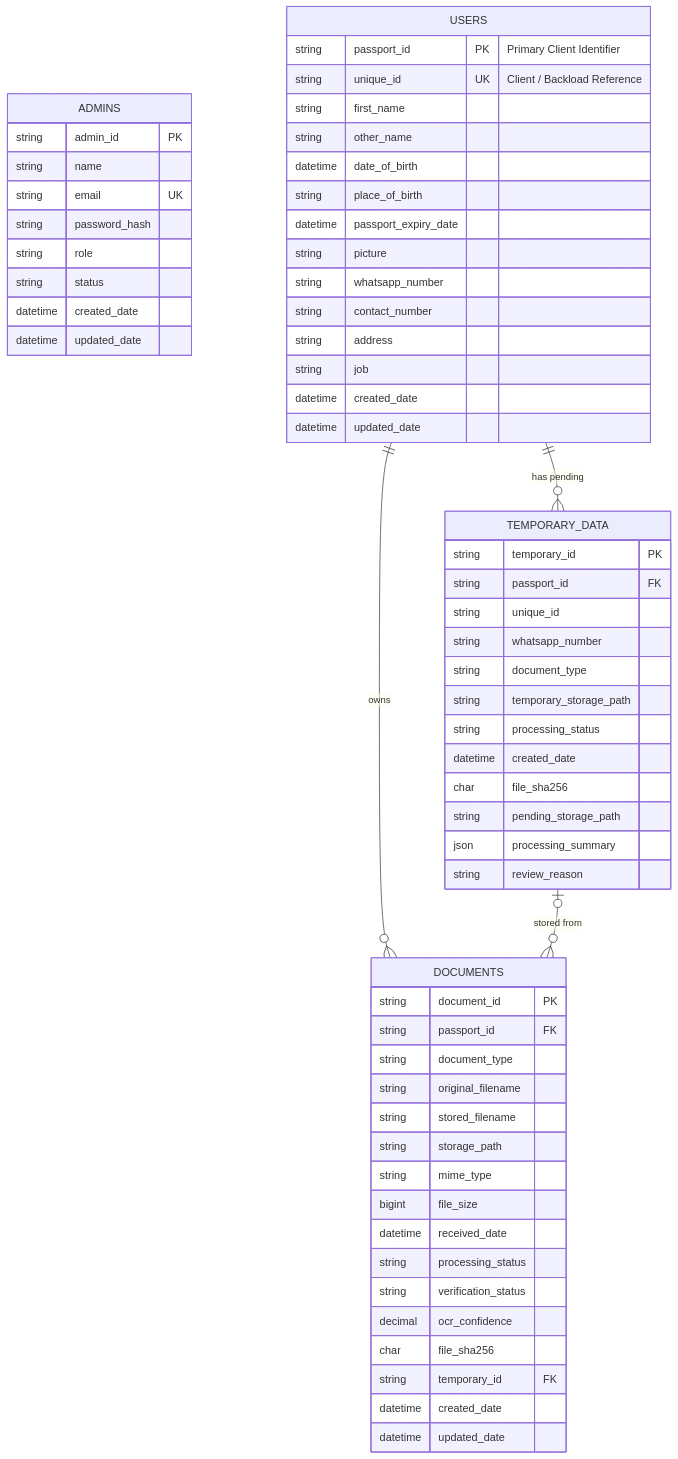
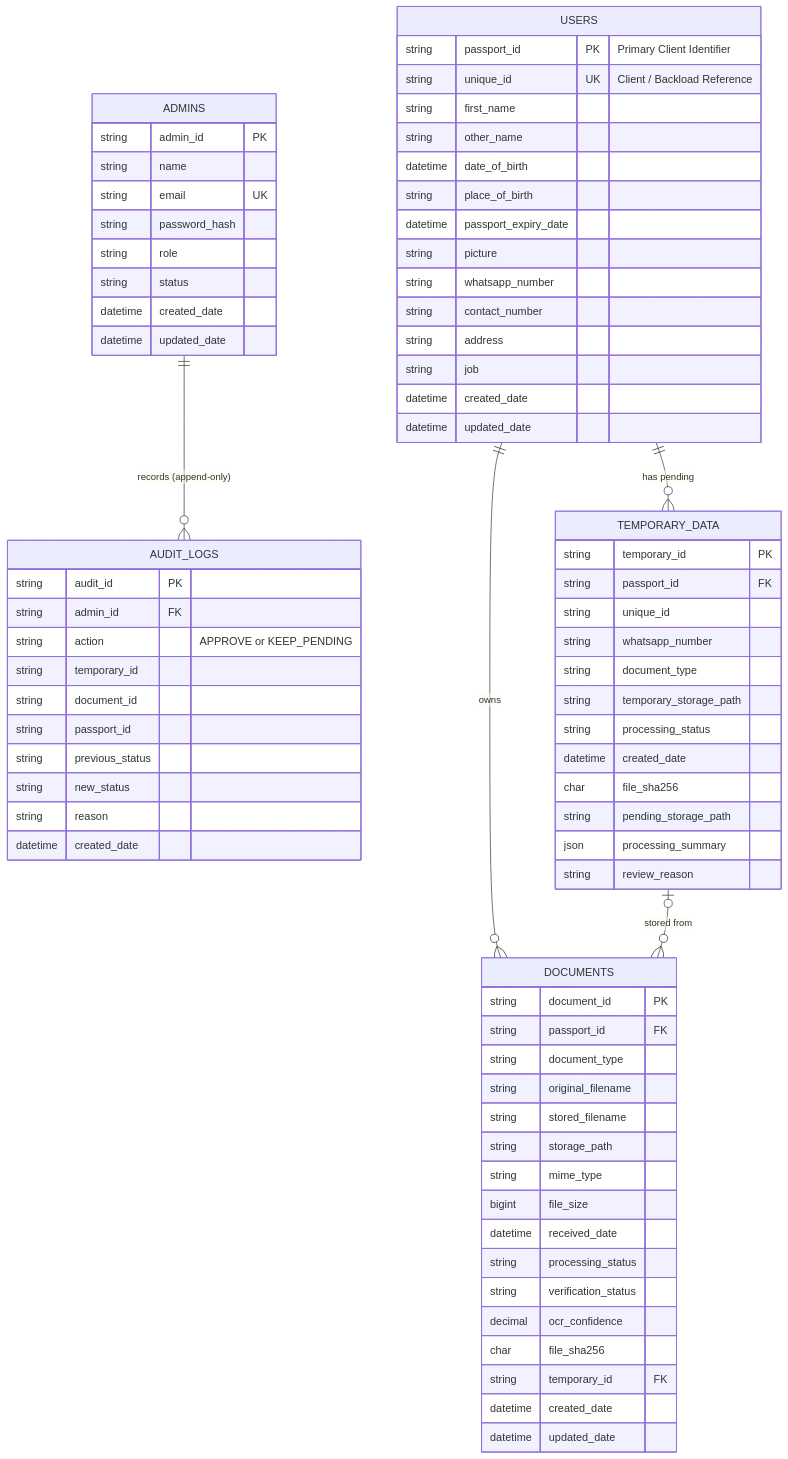
The fourth of 4 diagrams in README.md (emlynk-pixel/EmlynkWABot), drawn with Mermaid before and after one commit. The commit also changed other lines of this file and 15 other files, not shown here.

Commit message:
feat: add admin review actions and audit log

````diff
--- a/README.md
+++ b/README.md
@@ -189,68 +189,82 @@
 ```mermaid
 erDiagram
     ADMINS {
         string admin_id PK
         string name
         string email UK
         string password_hash
         string role
         string status
         datetime created_date
         datetime updated_date
     }
 
     USERS {
         string passport_id PK "Primary Client Identifier"
         string unique_id UK "Client / Backload Reference"
         string first_name
         string other_name
         datetime date_of_birth
         string place_of_birth
         datetime passport_expiry_date
         string picture
         string whatsapp_number
         string contact_number
         string address
         string job
         datetime created_date
         datetime updated_date
     }
 
     DOCUMENTS {
         string document_id PK
         string passport_id FK
         string document_type
         string original_filename
         string stored_filename
         string storage_path
         string mime_type
         bigint file_size
         datetime received_date
         string processing_status
         string verification_status
         decimal ocr_confidence
         char file_sha256
         string temporary_id FK
         datetime created_date
         datetime updated_date
     }
 
     TEMPORARY_DATA {
         string temporary_id PK
         string passport_id FK
         string unique_id
         string whatsapp_number
         string document_type
         string temporary_storage_path
         string processing_status
         datetime created_date
         char file_sha256
         string pending_storage_path
         json processing_summary
         string review_reason
     }
 
+    AUDIT_LOGS {
+        string audit_id PK
+        string admin_id FK
+        string action "APPROVE or KEEP_PENDING"
+        string temporary_id
+        string document_id
+        string passport_id
+        string previous_status
+        string new_status
+        string reason
+        datetime created_date
+    }
+
     USERS ||--o{ DOCUMENTS : "owns"
     USERS ||--o{ TEMPORARY_DATA : "has pending"
     TEMPORARY_DATA |o--o{ DOCUMENTS : "stored from"
+    ADMINS ||--o{ AUDIT_LOGS : "records (append-only)"
 ```
````
